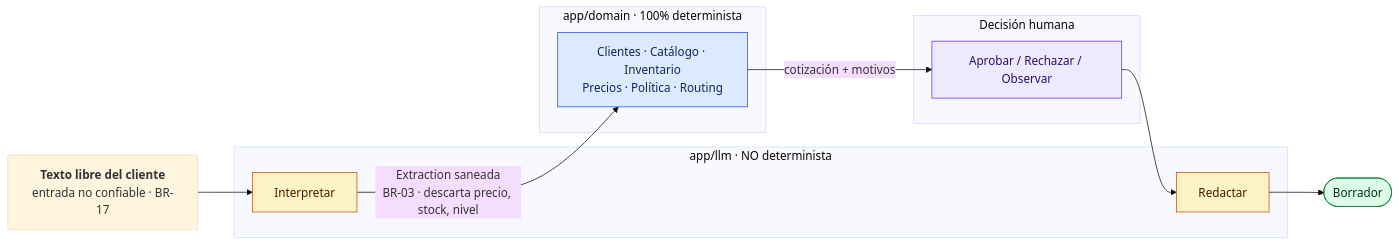
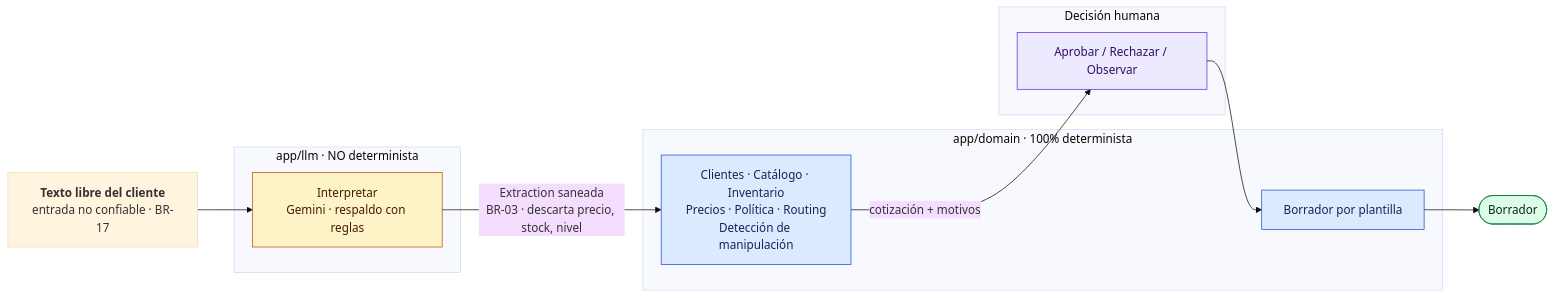
The second of 2 diagrams in README.md (guisa17/quoteflow), drawn with Mermaid (base theme) before and after one commit. The commit also changed other lines of this file and 20 other files, not shown here.

````diff
--- a/README.md
+++ b/README.md
@@ -97,33 +97,33 @@
 ```mermaid
 flowchart LR
     texto["<b>Texto libre del cliente</b><br/>entrada no confiable · BR-17"]
 
     subgraph llm["app/llm · NO determinista"]
-        interpretar["Interpretar"]
-        redactar["Redactar"]
+        interpretar["Interpretar<br/>Gemini · respaldo con reglas"]
     end
 
     subgraph dominio["app/domain · 100% determinista"]
-        reglas["Clientes · Catálogo · Inventario<br/>Precios · Política · Routing"]
+        reglas["Clientes · Catálogo · Inventario<br/>Precios · Política · Routing<br/>Detección de manipulación"]
+        redactar["Borrador por plantilla"]
     end
 
     subgraph humano["Decisión humana"]
         decidir["Aprobar / Rechazar / Observar"]
     end
 
     texto --> interpretar
     interpretar -->|"Extraction saneada<br/>BR-03 · descarta precio, stock, nivel"| reglas
     reglas -->|"cotización + motivos"| decidir
     decidir --> redactar
     redactar --> borrador(["Borrador"])
 
     classDef llmc fill:#fef3c7,stroke:#b45309,color:#451a03
     classDef detc fill:#dbeafe,stroke:#1d4ed8,color:#172554
     classDef humc fill:#ede9fe,stroke:#6d28d9,color:#2e1065
     classDef outc fill:#dcfce7,stroke:#15803d,color:#052e16
 
-    class interpretar,redactar llmc
-    class reglas detc
+    class interpretar llmc
+    class reglas,redactar detc
     class decidir humc
     class borrador outc
 ```
````
